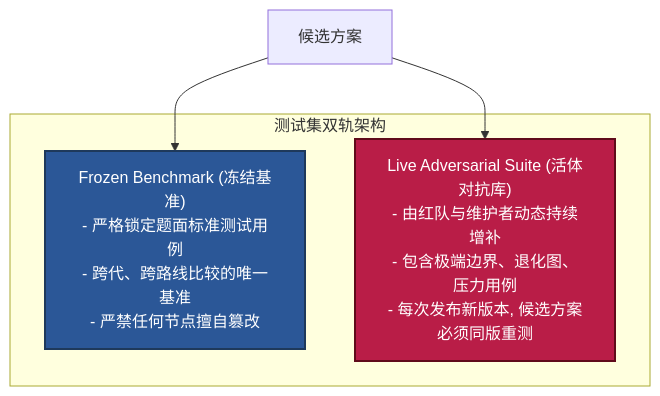
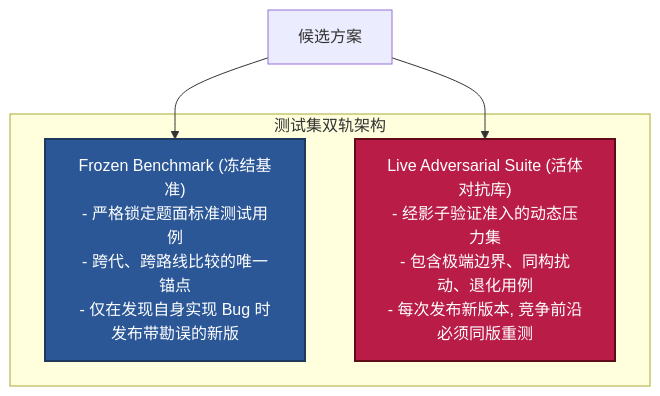
One commit to Qingzhu093/greatwall-agent changed diagram 11 of 20 in V4_总体架构与工程规范_全编整合版.md. Above: the diagram before and after it, drawn with Mermaid. The commit also changed other lines of this file, not shown here.

Commit message:
feat(v4.1): upgrade master architecture spec with 4-tier triage, epistemic synthesis, clean-room worktrees, and 3D cognitive asymmetry

````diff
--- a/V4_总体架构与工程规范_全编整合版.md
+++ b/V4_总体架构与工程规范_全编整合版.md
@@ -544,13 +591,13 @@
 ```mermaid
 flowchart TD
     subgraph 测试集双轨架构
-        FROZEN["Frozen Benchmark (冻结基准)<br/>- 严格锁定题面标准测试用例<br/>- 跨代、跨路线比较的唯一基准<br/>- 严禁任何节点擅自篡改"]
-        LIVE["Live Adversarial Suite (活体对抗库)<br/>- 由红队与维护者动态持续增补<br/>- 包含极端边界、退化图、压力用例<br/>- 每次发布新版本, 候选方案必须同版重测"]
+        FROZEN["Frozen Benchmark (冻结基准)<br/>- 严格锁定题面标准测试用例<br/>- 跨代、跨路线比较的唯一锚点<br/>- 仅在发现自身实现 Bug 时发布带勘误的新版"]
+        LIVE["Live Adversarial Suite (活体对抗库)<br/>- 经影子验证准入的动态压力集<br/>- 包含极端边界、同构扰动、退化用例<br/>- 每次发布新版本, 竞争前沿必须同版重测"]
     end
 
     CANDIDATE[候选方案] --> FROZEN
     CANDIDATE --> LIVE
     
     style FROZEN fill:#2b5797,stroke:#1e395b,stroke-width:2px,color:#fff
     style LIVE fill:#b91d47,stroke:#600b1a,stroke-width:2px,color:#fff
 ```
````
